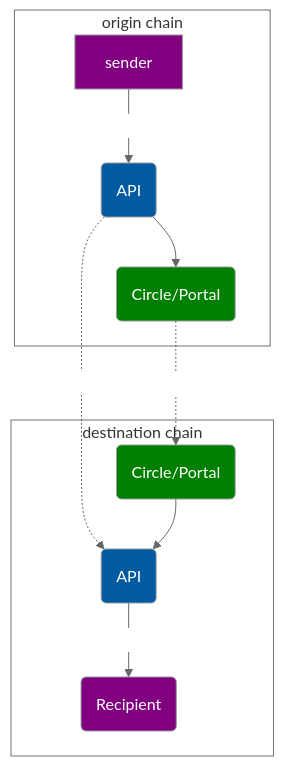
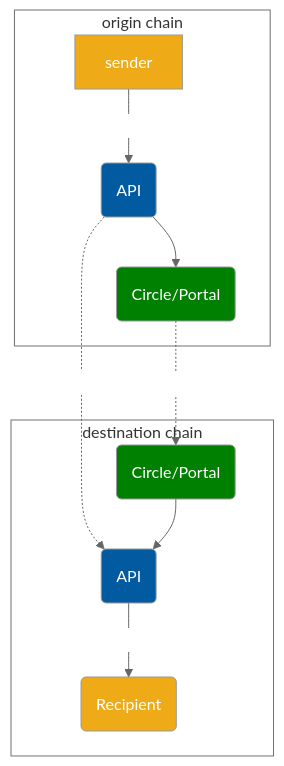
The diagram in diagrams/liquidity-layer-simple.md (hyperlane-xyz/v2-docs), drawn with Mermaid before and after one commit. The commit also changed 9 other files, not shown here.

````diff
--- a/diagrams/liquidity-layer-simple.md
+++ b/diagrams/liquidity-layer-simple.md
@@ -1,34 +1,34 @@
 ```mermaid
 %%{ init: {
   "theme": "neutral",
   "themeVariables": {
     "mainBkg": "#025AA1",
     "textColor": "white",
     "clusterBkg": "white"
   },
   "themeCSS": ".edgeLabel { color: black }"
 }}%%
 
 flowchart TB
 	subgraph origin chain
 		sender --"dispatchWithTokens()"--> HypO(API)
         HypO --> AdapterO(Circle/Portal)
         
 	end
 
 	HypO -."message".-> HypD
 	AdapterO -."value".-> AdapterD
     
 
 	subgraph destination chain
         AdapterD(Circle/Portal) --> HypD
     
 
 		HypD(API) --"handleWithTokens(Call)"--> recipient(Recipient)
 	end
 
-  style sender fill:purple
-  style recipient fill:purple
+  style sender fill:#efab17
+  style recipient fill:#efab17
   style AdapterO fill:green
   style AdapterD fill:green
 ```
````
